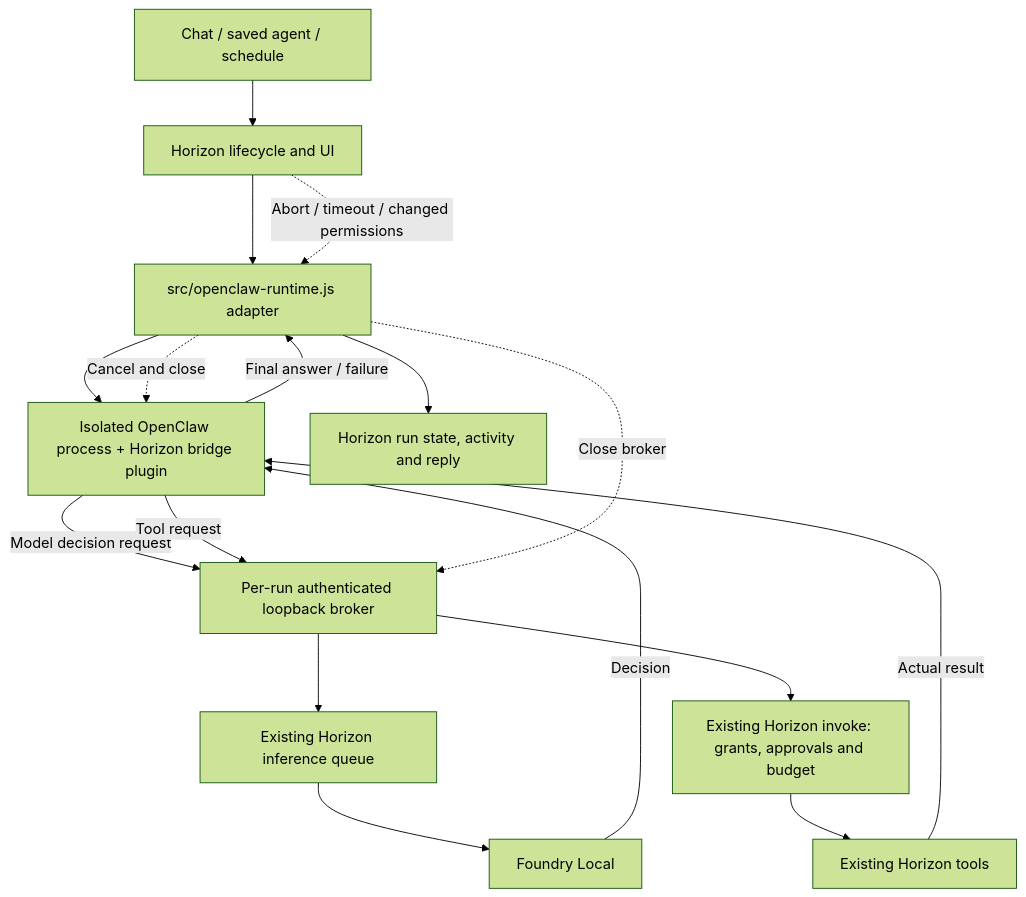
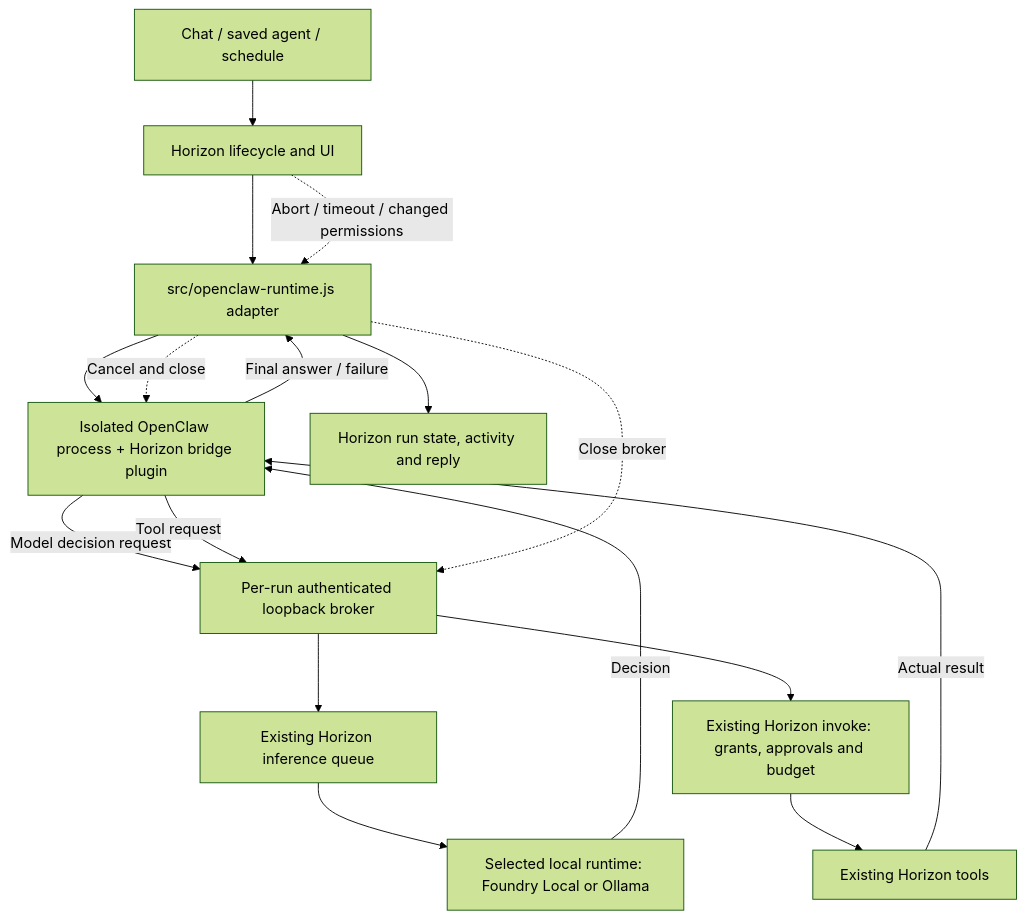
Before and after one commit to itstejaswi/horizon: the second of 2 diagrams in Vision/ARCHITECTURE.md, drawn with Mermaid (forest theme). The commit also changed other lines of this file and 4 other files, not shown here.

First line of the commit message:
Make the OpenClaw path provider-neutral for Ollama

````diff
--- a/Vision/ARCHITECTURE.md
+++ b/Vision/ARCHITECTURE.md
@@ -36,19 +36,19 @@
 ```mermaid
 flowchart TD
     User["Chat / saved agent / schedule"] --> Horizon["Horizon lifecycle and UI"]
     Horizon --> Adapter["src/openclaw-runtime.js adapter"]
     Adapter --> OpenClaw["Isolated OpenClaw process + Horizon bridge plugin"]
     OpenClaw -->|Model decision request| Broker["Per-run authenticated loopback broker"]
     Broker --> Queue["Existing Horizon inference queue"]
-    Queue --> Foundry["Foundry Local"]
-    Foundry -->|Decision| OpenClaw
+    Queue --> Runtime["Selected local runtime: Foundry Local or Ollama"]
+    Runtime -->|Decision| OpenClaw
     OpenClaw -->|Tool request| Broker
     Broker --> Invoke["Existing Horizon invoke: grants, approvals and budget"]
     Invoke --> Tools["Existing Horizon tools"]
     Tools -->|Actual result| OpenClaw
     OpenClaw -->|Final answer / failure| Adapter
     Adapter --> History["Horizon run state, activity and reply"]
     Horizon -.->|Abort / timeout / changed permissions| Adapter
     Adapter -.->|Cancel and close| OpenClaw
     Adapter -.->|Close broker| Broker
 ```
````
